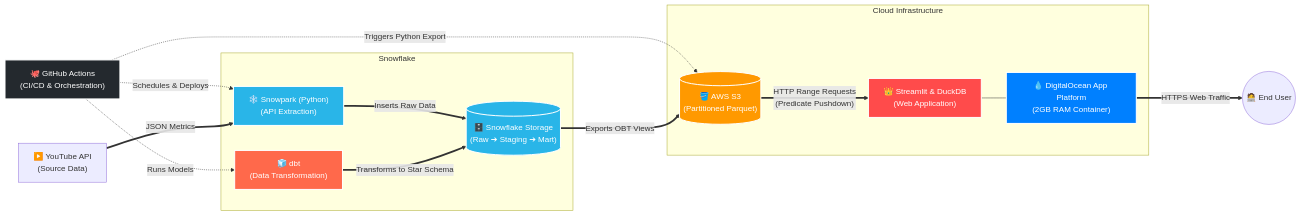
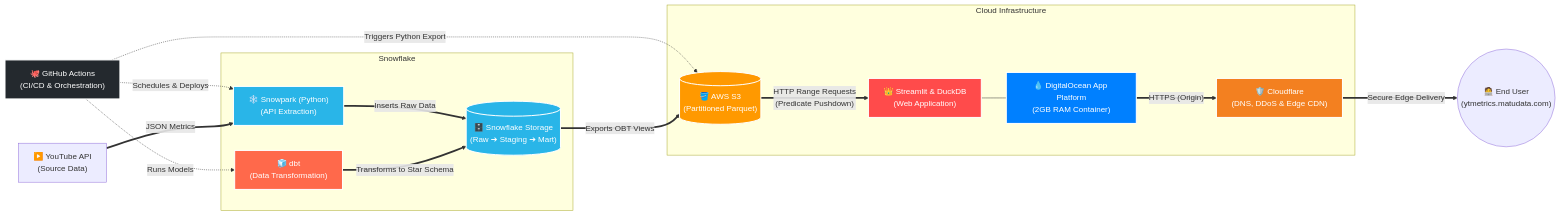
Before and after one commit to Matu94/YT-SF-Agentic: the diagram in docs/architecture_flowchart.md, drawn with Mermaid. The commit also changed other lines of this file and 8 other files, not shown here.

````diff
--- a/docs/architecture_flowchart.md
+++ b/docs/architecture_flowchart.md
@@ -5,47 +5,50 @@
 ```mermaid
 graph LR
     %% Styling
     classDef github fill:#24292e,stroke:#fff,stroke-width:2px,color:#fff;
     classDef snowflake fill:#29b5e8,stroke:#fff,stroke-width:2px,color:#fff;
     classDef dbt fill:#ff694b,stroke:#fff,stroke-width:2px,color:#fff;
     classDef aws fill:#ff9900,stroke:#fff,stroke-width:2px,color:#fff;
     classDef digitalocean fill:#0080ff,stroke:#fff,stroke-width:2px,color:#fff;
     classDef streamlit fill:#ff4b4b,stroke:#fff,stroke-width:2px,color:#fff;
+    classDef cloudflare fill:#f38020,stroke:#fff,stroke-width:2px,color:#fff;
 
     %% External Sources
     YT["▶️ YouTube API<br/>(Source Data)"]
 
     %% Orchestration
     GH["🐙 GitHub Actions<br/>(CI/CD & Orchestration)"]:::github
 
     %% Snowflake Environment
     subgraph Snowflake
         SP["❄️ Snowpark (Python)<br/>(API Extraction)"]:::snowflake
         DB[("🗄️ Snowflake Storage<br/>(Raw ➔ Staging ➔ Mart)")]:::snowflake
         DBT["🧊 dbt<br/>(Data Transformation)"]:::dbt
     end
 
     %% Storage & Serving
     subgraph Cloud Infrastructure
         S3[("🪣 AWS S3<br/>(Partitioned Parquet)")]:::aws
         DO["💧 DigitalOcean App Platform<br/>(2GB RAM Container)"]:::digitalocean
         ST["👑 Streamlit & DuckDB<br/>(Web Application)"]:::streamlit
+        CF["🛡️ Cloudflare<br/>(DNS, DDoS & Edge CDN)"]:::cloudflare
     end
 
     %% End User
-    User(("🧑‍💻 End User"))
+    User(("🧑‍💻 End User<br/>(ytmetrics.matudata.com)"))
 
     %% Data Flow & Triggers
     GH -.->|"Schedules & Deploys"| SP
     GH -.->|"Runs Models"| DBT
     GH -.->|"Triggers Python Export"| S3
 
     YT ==>|"JSON Metrics"| SP
     SP ==>|"Inserts Raw Data"| DB
     DBT ==>|"Transforms to Star Schema"| DB
     DB ==>|"Exports OBT Views"| S3
     
     S3 ==>|"HTTP Range Requests<br/>(Predicate Pushdown)"| ST
     ST --- DO
-    DO ==>|"HTTPS Web Traffic"| User
+    DO ==>|"HTTPS (Origin)"| CF
+    CF ==>|"Secure Edge Delivery"| User
 ```
````
